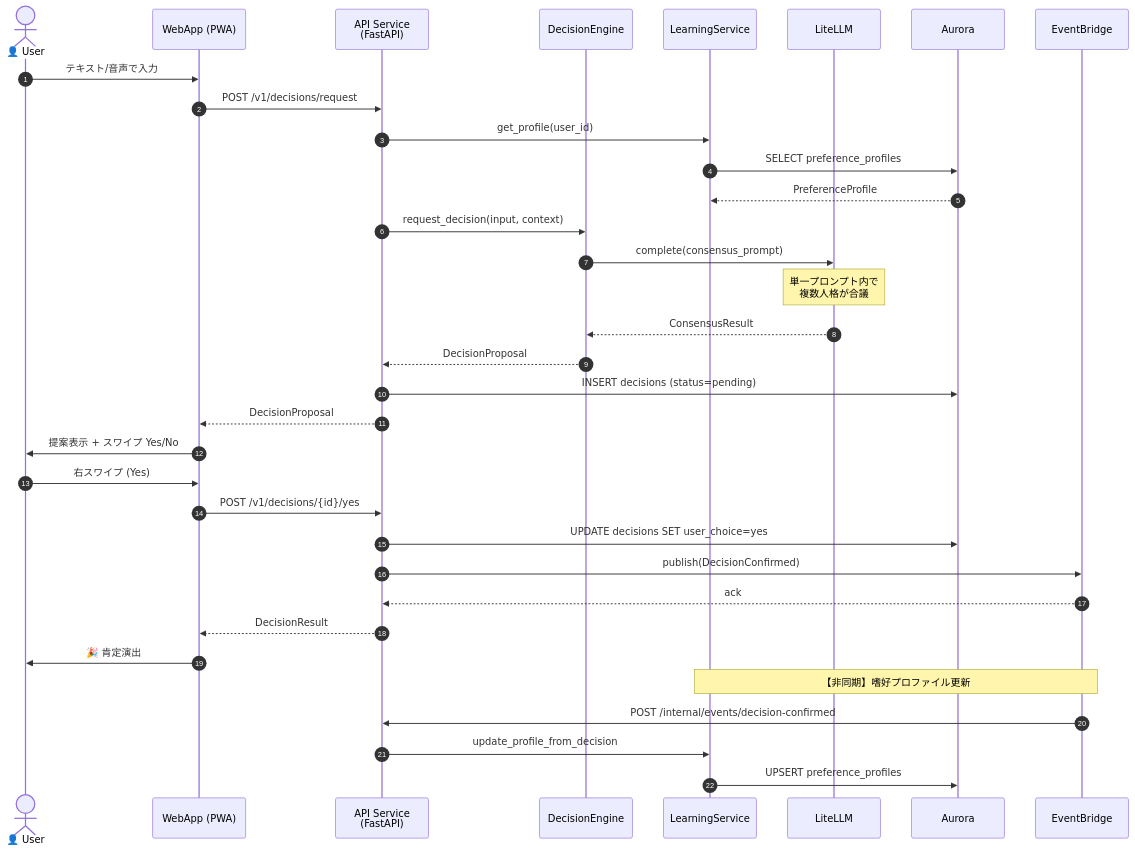
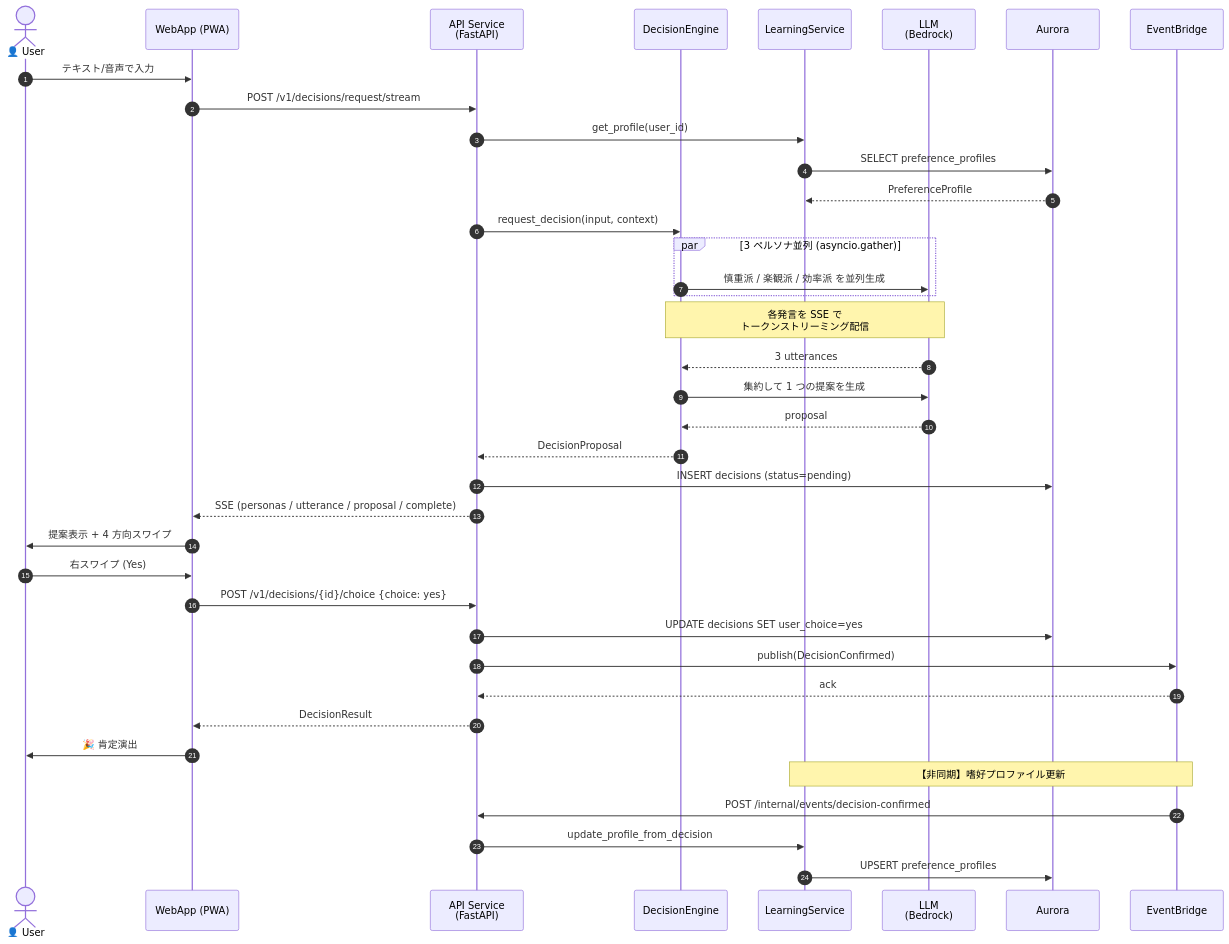
Before and after one commit to y-morimatsu/yes-man: the fourth of 7 diagrams in README.md, drawn with Mermaid. The commit also changed other lines of this file, not shown here.

````diff
--- a/README.md
+++ b/README.md
@@ -866,39 +1048,43 @@
 ```mermaid
 sequenceDiagram
     autonumber
     actor U as 👤 User
     participant W as WebApp (PWA)
     participant API as API Service<br>(FastAPI)
     participant DE as DecisionEngine
     participant LS as LearningService
-    participant LLM as LiteLLM
+    participant LLM as LLM<br>(Bedrock)
     participant Aur as Aurora
     participant EB as EventBridge
 
     U->>W: テキスト/音声で入力
-    W->>API: POST /v1/decisions/request
+    W->>API: POST /v1/decisions/request/stream
     API->>LS: get_profile(user_id)
     LS->>Aur: SELECT preference_profiles
     Aur-->>LS: PreferenceProfile
     API->>DE: request_decision(input, context)
-    DE->>LLM: complete(consensus_prompt)
-    Note over LLM: 単一プロンプト内で<br>複数人格が合議
-    LLM-->>DE: ConsensusResult
+    par 3 ペルソナ並列 (asyncio.gather)
+        DE->>LLM: 慎重派 / 楽観派 / 効率派 を並列生成
+    end
+    Note over DE,LLM: 各発言を SSE で<br>トークンストリーミング配信
+    LLM-->>DE: 3 utterances
+    DE->>LLM: 集約して 1 つの提案を生成
+    LLM-->>DE: proposal
     DE-->>API: DecisionProposal
     API->>Aur: INSERT decisions (status=pending)
-    API-->>W: DecisionProposal
-    W->>U: 提案表示 + スワイプ Yes/No
+    API-->>W: SSE (personas / utterance / proposal / complete)
+    W->>U: 提案表示 + 4 方向スワイプ
 
     U->>W: 右スワイプ (Yes)
-    W->>API: POST /v1/decisions/{id}/yes
+    W->>API: POST /v1/decisions/{id}/choice {choice: yes}
     API->>Aur: UPDATE decisions SET user_choice=yes
     API->>EB: publish(DecisionConfirmed)
     EB-->>API: ack
     API-->>W: DecisionResult
     W->>U: 🎉 肯定演出
 
     Note over EB,LS: 【非同期】嗜好プロファイル更新
     EB->>API: POST /internal/events/decision-confirmed
     API->>LS: update_profile_from_decision
     LS->>Aur: UPSERT preference_profiles
 ```
````
